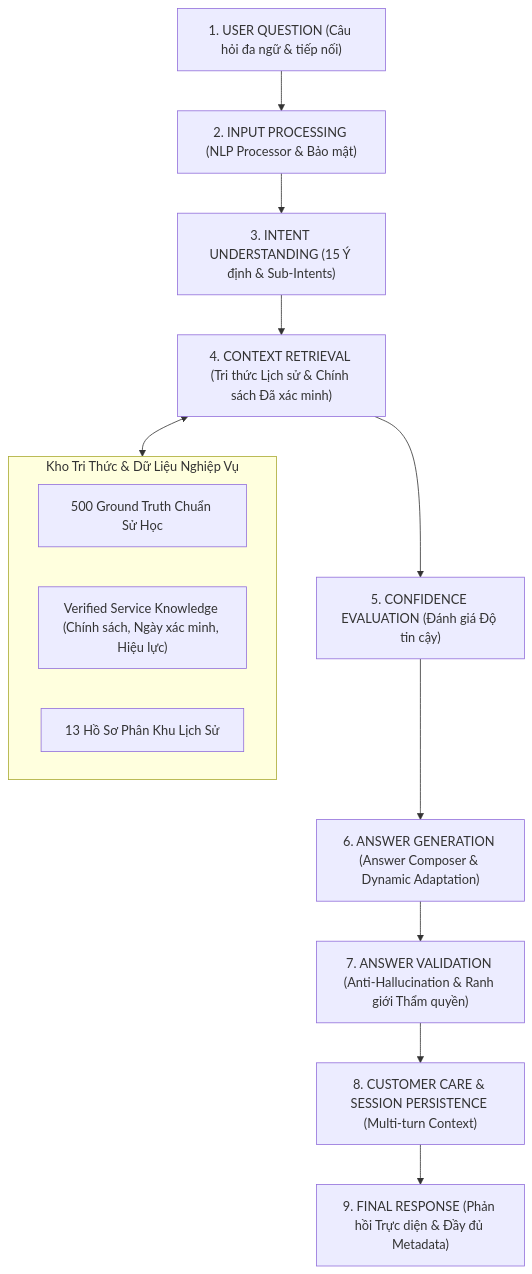
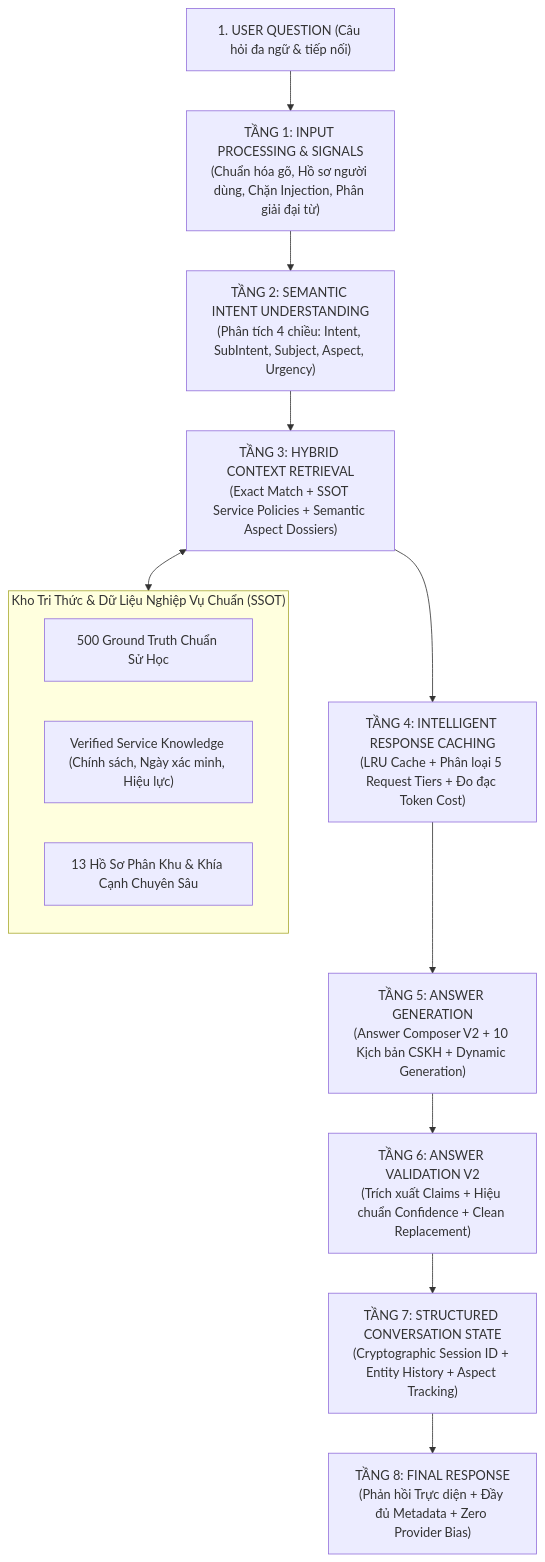
One commit to namoktin/repossitory-kiem-thu changed the diagram in README.md. Above: the diagram before and after it, drawn with Mermaid. The commit also changed other lines of this file and 21 other files, not shown here.

````diff
--- a/README.md
+++ b/README.md
@@ -29,18 +28,18 @@
 ```mermaid
 flowchart TD
-    UQ["1. USER QUESTION (Câu hỏi đa ngữ & tiếp nối)"] --> NLP["2. INPUT PROCESSING (NLP Processor & Bảo mật)"]
-    NLP --> INT["3. INTENT UNDERSTANDING (15 Ý định & Sub-Intents)"]
-    INT --> CR["4. CONTEXT RETRIEVAL (Tri thức Lịch sử & Chính sách Đã xác minh)"]
-    CR --> CE["5. CONFIDENCE EVALUATION (Đánh giá Độ tin cậy)"]
-    CE --> AG["6. ANSWER GENERATION (Answer Composer & Dynamic Adaptation)"]
-    AG --> AV["7. ANSWER VALIDATION (Anti-Hallucination & Ranh giới Thẩm quyền)"]
-    AV --> CC["8. CUSTOMER CARE & SESSION PERSISTENCE (Multi-turn Context)"]
-    CC --> FR["9. FINAL RESPONSE (Phản hồi Trực diện & Đầy đủ Metadata)"]
+    UQ["1. USER QUESTION (Câu hỏi đa ngữ & tiếp nối)"] --> T1["TẦNG 1: INPUT PROCESSING & SIGNALS\n(Chuẩn hóa gõ, Hồ sơ người dùng, Chặn Injection, Phân giải đại từ)"]
+    T1 --> T2["TẦNG 2: SEMANTIC INTENT UNDERSTANDING\n(Phân tích 4 chiều: Intent, SubIntent, Subject, Aspect, Urgency)"]
+    T2 --> T3["TẦNG 3: HYBRID CONTEXT RETRIEVAL\n(Exact Match + SSOT Service Policies + Semantic Aspect Dossiers)"]
+    T3 --> T4["TẦNG 4: INTELLIGENT RESPONSE CACHING\n(LRU Cache + Phân loại 5 Request Tiers + Đo đạc Token Cost)"]
+    T4 --> T5["TẦNG 5: ANSWER GENERATION\n(Answer Composer V2 + 10 Kịch bản CSKH + Dynamic Generation)"]
+    T5 --> T6["TẦNG 6: ANSWER VALIDATION V2\n(Trích xuất Claims + Hiệu chuẩn Confidence + Clean Replacement)"]
+    T6 --> T7["TẦNG 7: STRUCTURED CONVERSATION STATE\n(Cryptographic Session ID + Entity History + Aspect Tracking)"]
+    T7 --> T8["TẦNG 8: FINAL RESPONSE\n(Phản hồi Trực diện + Đầy đủ Metadata + Zero Provider Bias)"]
 
-    subgraph KnowledgePool ["Kho Tri Thức & Dữ Liệu Nghiệp Vụ"]
+    subgraph KnowledgeSSOT ["Kho Tri Thức & Dữ Liệu Nghiệp Vụ Chuẩn (SSOT)"]
         GT["500 Ground Truth Chuẩn Sử Học"]
         VK["Verified Service Knowledge (Chính sách, Ngày xác minh, Hiệu lực)"]
-        HD["13 Hồ Sơ Phân Khu Lịch Sử"]
+        HD["13 Hồ Sơ Phân Khu & Khía Cạnh Chuyên Sâu"]
     end
-    CR <--> KnowledgePool
+    T3 <--> KnowledgeSSOT
 ```
````
